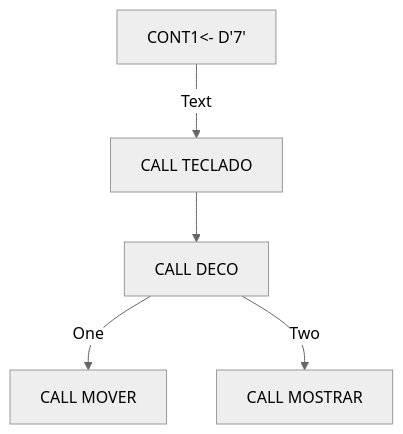
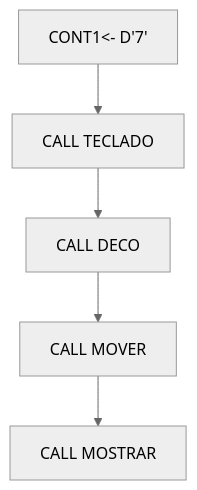
Before and after one commit to w3rqil/electronicaDigital_II: the diagram in README.md, drawn with Mermaid (neutral theme).

````diff
--- a/README.md
+++ b/README.md
@@ -6,8 +6,8 @@
  ```mermaid
 flowchart TD
 
-A[CONT1<- D'7'] -->|Text| B[CALL TECLADO]
+A[CONT1<- D'7'] --> B[CALL TECLADO]
     B --> C[CALL DECO]
-    C -->|One| D[CALL MOVER]
-    C -->|Two| E[CALL MOSTRAR]
+    C --> D[CALL MOVER]
+    D --> E[CALL MOSTRAR]
  ```
````
